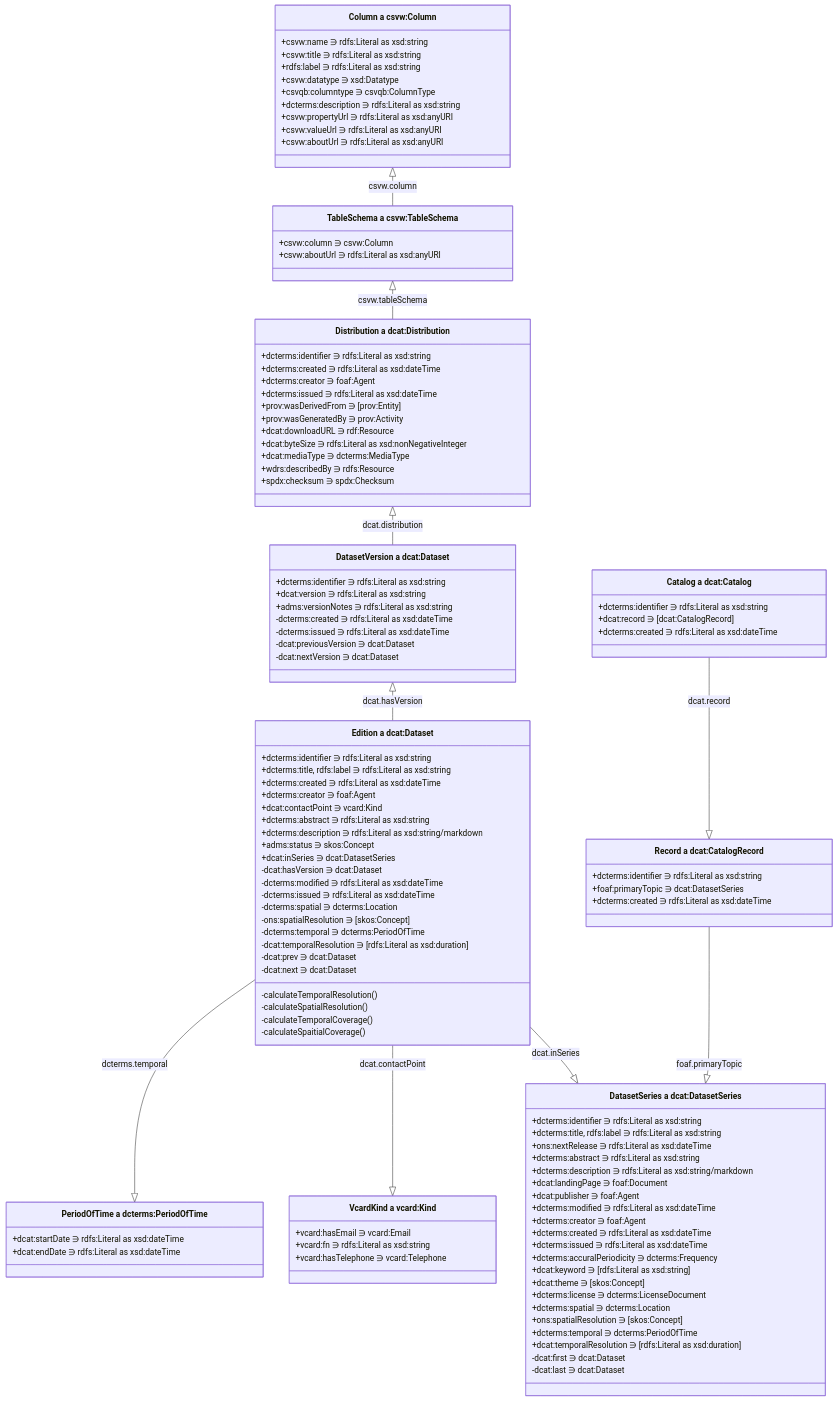
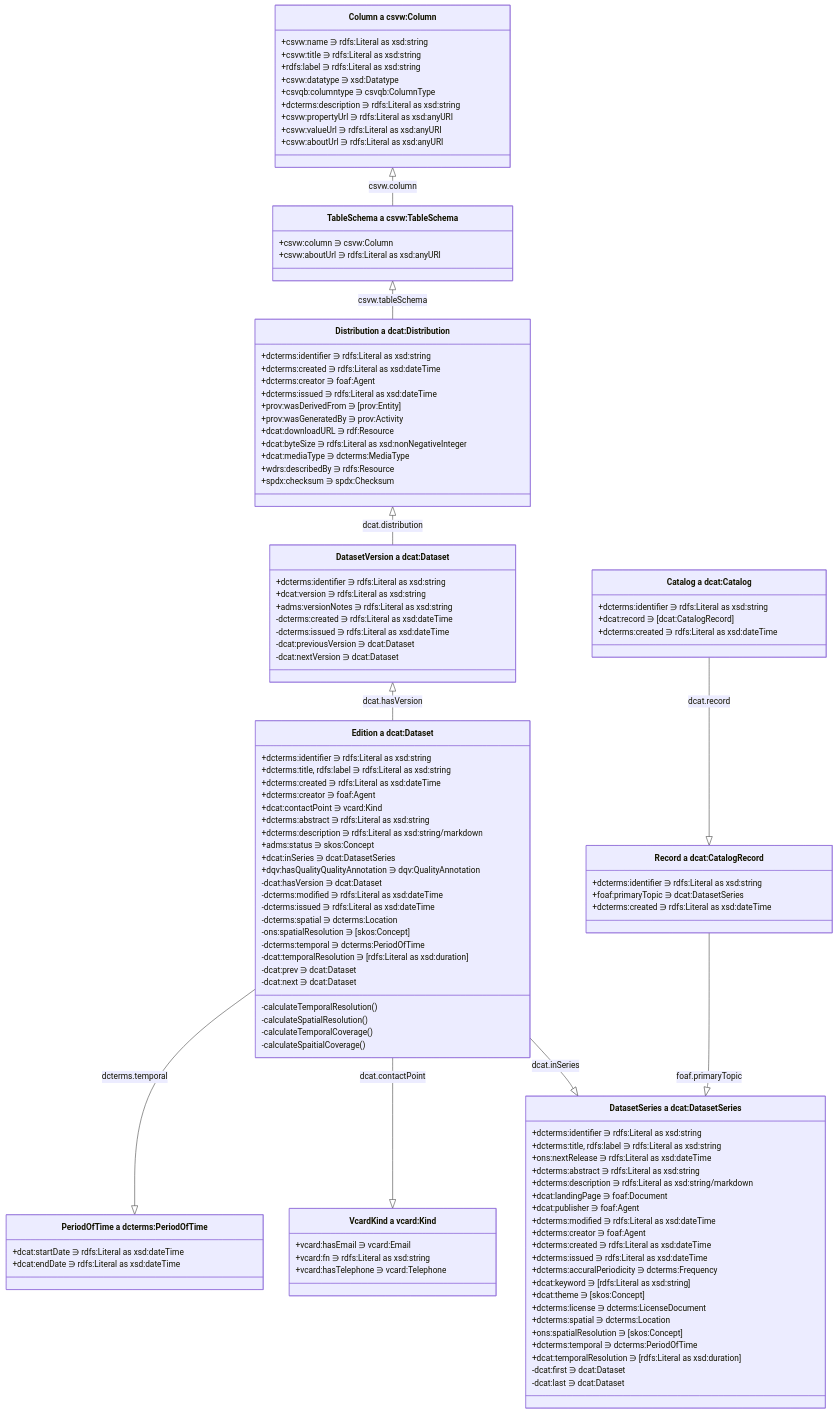
Before and after one commit to ONSdigital/application-profile: the diagram in README.md, drawn with Mermaid. The commit also changed other lines of this file and 1 other file, not shown here.

```diff
--- a/README.md
+++ b/README.md
@@ -174,6 +175,7 @@
     +dcterms:description ∋ rdfs:Literal as xsd:string/markdown
     +adms:status ∋ skos:Concept
     +dcat:inSeries ∋ dcat:DatasetSeries
+    +dqv:hasQualityQualityAnnotation ∋ dqv:QualityAnnotation
     -dcat:hasVersion ∋ dcat:Dataset
     -dcterms:modified ∋ rdfs:Literal as xsd:dateTime
     -dcterms:issued ∋ rdfs:Literal as xsd:dateTime
```
